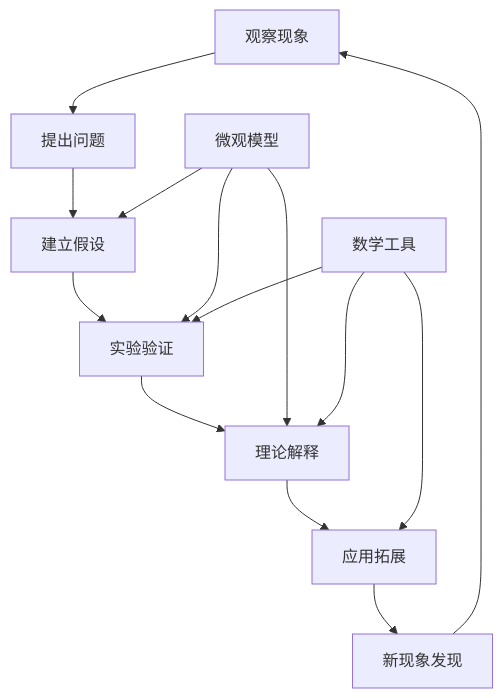
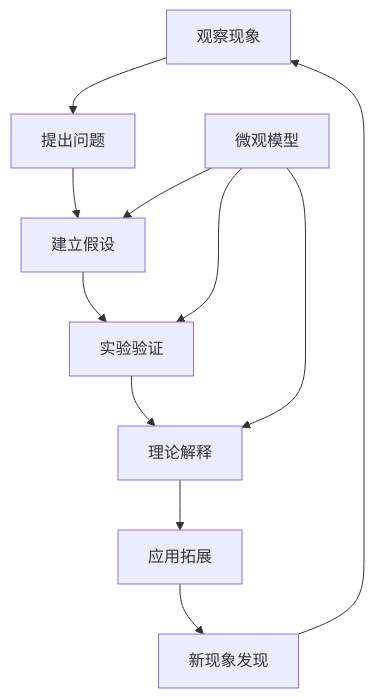
One commit to AdaMartin18010/SeniorEnducation changed the sixth of 6 diagrams in 02-核心学科理论/06-化学教育理论与实践.md. Above: the diagram before and after it, drawn with Mermaid. The commit also changed other lines of this file and 16 other files, not shown here.

````diff
--- a/02-核心学科理论/06-化学教育理论与实践.md
+++ b/02-核心学科理论/06-化学教育理论与实践.md
@@ -310,18 +310,14 @@
 ```mermaid
 graph TD
     A[观察现象] --> B[提出问题]
     B --> C[建立假设]
     C --> D[实验验证]
     D --> E[理论解释]
     E --> F[应用拓展]
     F --> G[新现象发现]
     G --> A
     
     H[微观模型] --> C
     H --> D
     H --> E
-    
-    I[数学工具] --> D
-    I --> E
-    I --> F
 ```
````
